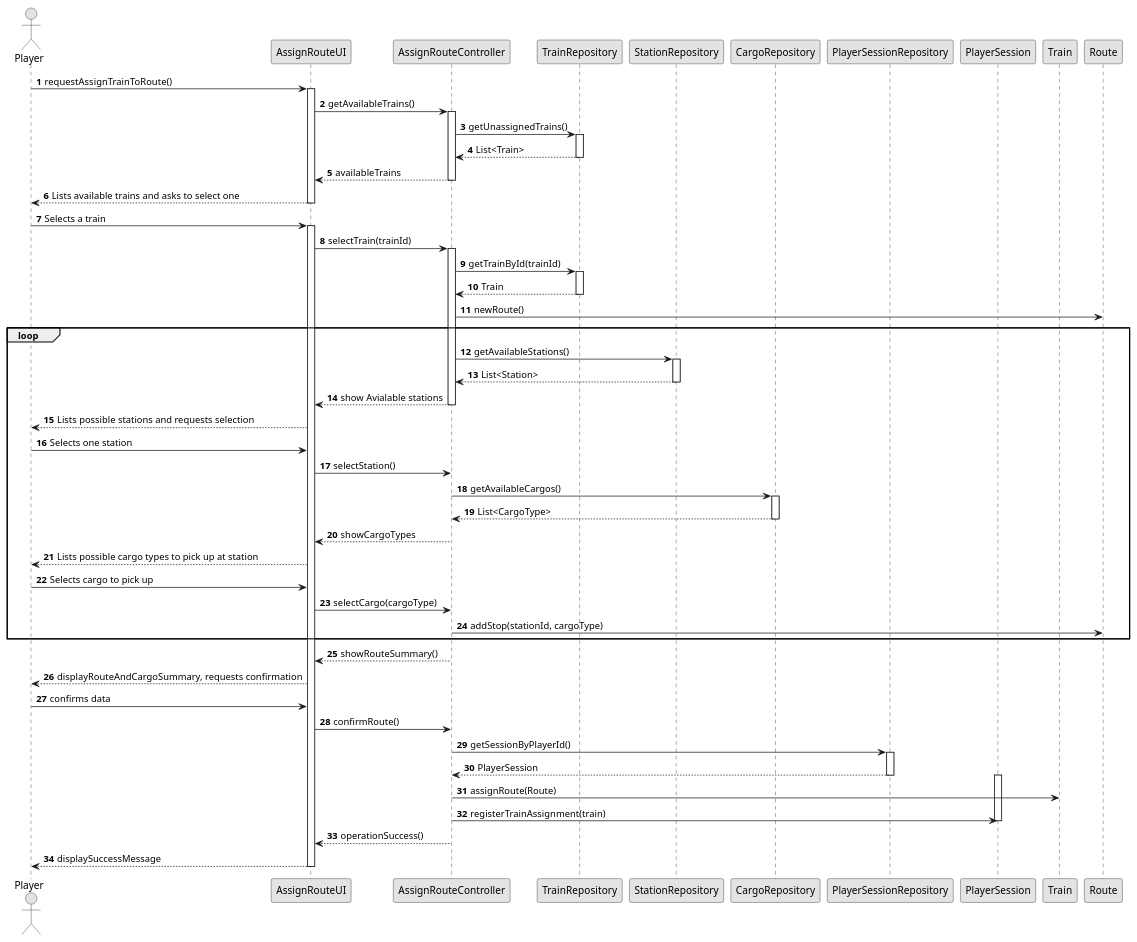
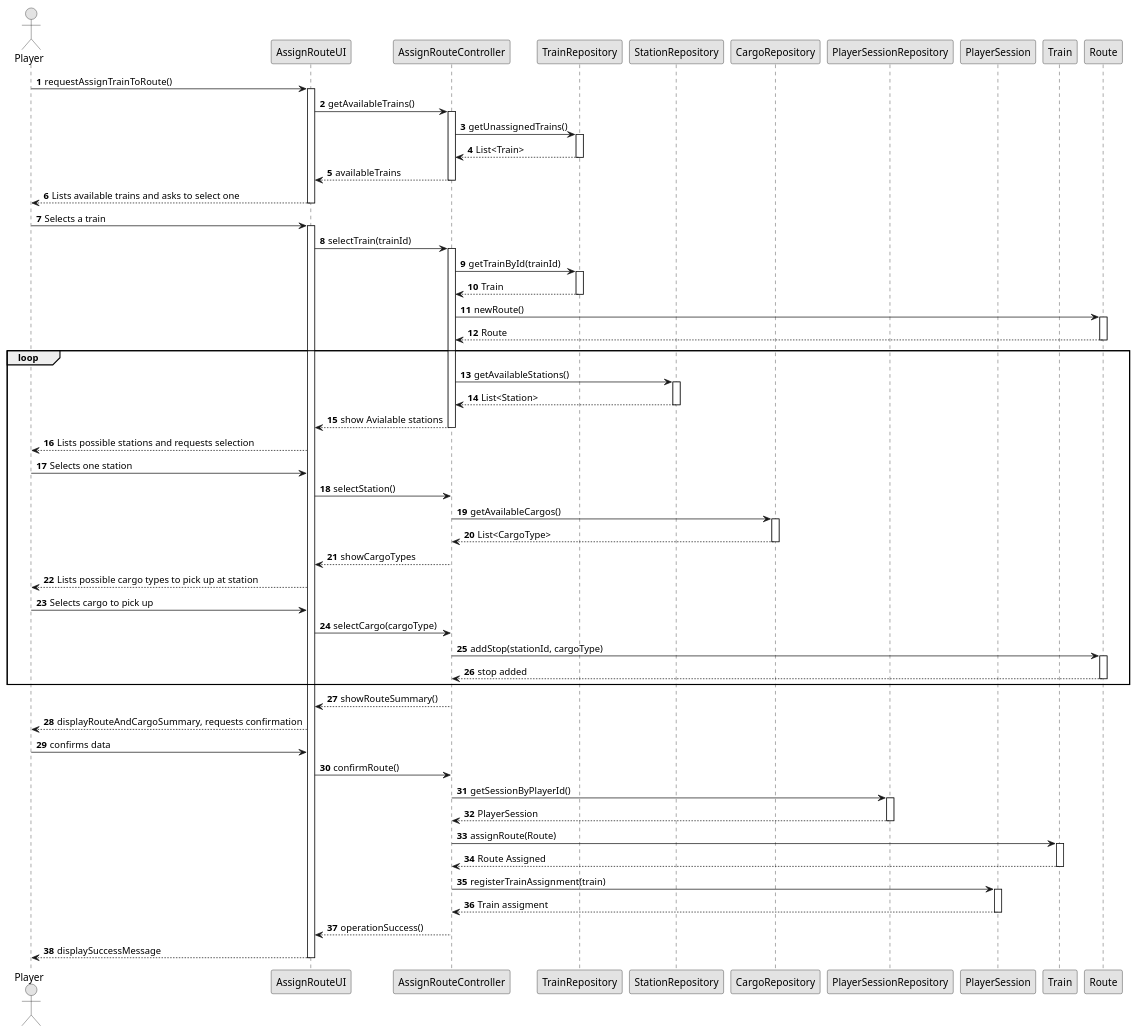
Before and after one commit to Andremonteiro1240850/railway_simulator: the diagram in docs/system-documentation/US10/03.design/puml/US10-SD.puml, drawn with PlantUML. The commit also changed 8 other files, not shown here.

```diff
--- a/docs/system-documentation/US10/03.design/puml/US10-SD.puml
+++ b/docs/system-documentation/US10/03.design/puml/US10-SD.puml
@@ -1,88 +1,100 @@
 @startuml
 skinparam shadowing false
 skinparam linetype polyline
 skinparam monochrome true
 autonumber
 
 actor Player
 participant AssignRouteUI
 participant AssignRouteController
 participant TrainRepository
 participant StationRepository
 participant CargoRepository
 participant PlayerSessionRepository
 participant PlayerSession
 participant Train
 participant Route
 
 Player -> AssignRouteUI : requestAssignTrainToRoute()
 activate AssignRouteUI
 AssignRouteUI -> AssignRouteController : getAvailableTrains()
 activate AssignRouteController
 AssignRouteController -> TrainRepository : getUnassignedTrains()
 activate TrainRepository
 TrainRepository --> AssignRouteController : List<Train>
 deactivate TrainRepository
 AssignRouteController --> AssignRouteUI : availableTrains
 deactivate AssignRouteController
 AssignRouteUI --> Player :Lists available trains and asks to select one
 deactivate AssignRouteUI
 
 Player -> AssignRouteUI : Selects a train
 activate AssignRouteUI
 AssignRouteUI -> AssignRouteController : selectTrain(trainId)
 activate AssignRouteController
 AssignRouteController -> TrainRepository : getTrainById(trainId)
 activate TrainRepository
 TrainRepository --> AssignRouteController : Train
 deactivate TrainRepository
 
-' Criação da rota
+
 AssignRouteController -> Route : newRoute()
+activate Route
+Route--> AssignRouteController : Route
+deactivate Route
 
 loop
   AssignRouteController -> StationRepository : getAvailableStations()
   activate StationRepository
   StationRepository --> AssignRouteController : List<Station>
   deactivate StationRepository
   AssignRouteController --> AssignRouteUI : show Avialable stations
   deactivate AssignRouteController
   AssignRouteUI --> Player : Lists possible stations and requests selection
 
   Player -> AssignRouteUI : Selects one station
   AssignRouteUI -> AssignRouteController : selectStation()
 
   AssignRouteController -> CargoRepository : getAvailableCargos()
   activate CargoRepository
   CargoRepository --> AssignRouteController : List<CargoType>
   deactivate CargoRepository
   AssignRouteController --> AssignRouteUI : showCargoTypes
   AssignRouteUI --> Player : Lists possible cargo types to pick up at station
 
   Player -> AssignRouteUI : Selects cargo to pick up
   AssignRouteUI -> AssignRouteController : selectCargo(cargoType)
 
   AssignRouteController -> Route : addStop(stationId, cargoType)
+  activate Route
+  Route--> AssignRouteController: stop added
+  deactivate Route
 end
 
 AssignRouteController --> AssignRouteUI : showRouteSummary()
 AssignRouteUI --> Player : displayRouteAndCargoSummary, requests confirmation
 
 Player -> AssignRouteUI : confirms data
 AssignRouteUI -> AssignRouteController : confirmRoute()
 AssignRouteController -> PlayerSessionRepository : getSessionByPlayerId()
 activate PlayerSessionRepository
 PlayerSessionRepository --> AssignRouteController : PlayerSession
 deactivate PlayerSessionRepository
-activate PlayerSession
+
 
 AssignRouteController -> Train : assignRoute(Route)
+activate Train
+Train-->AssignRouteController: Route Assigned
+deactivate Train
+
 deactivate Route
 AssignRouteController -> PlayerSession : registerTrainAssignment(train)
+activate PlayerSession
+PlayerSession--> AssignRouteController: Train assigment
 deactivate PlayerSession
 AssignRouteController --> AssignRouteUI : operationSuccess()
 deactivate AssignRouteController
 AssignRouteUI --> Player : displaySuccessMessage
 deactivate AssignRouteUI
 
 @enduml
```
